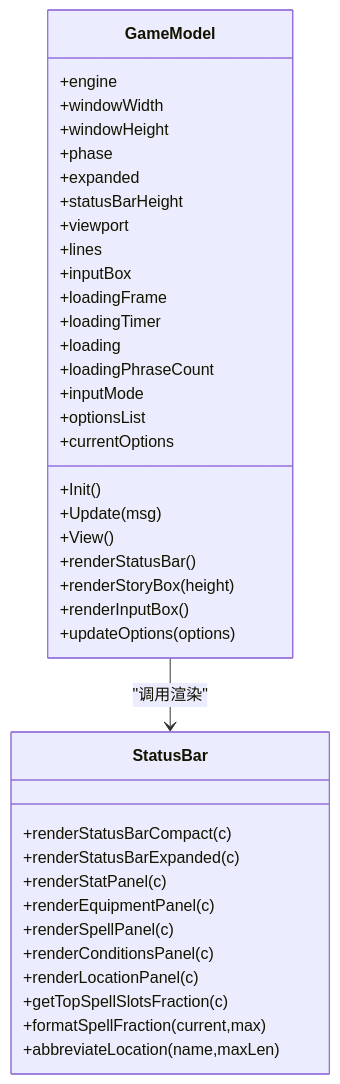
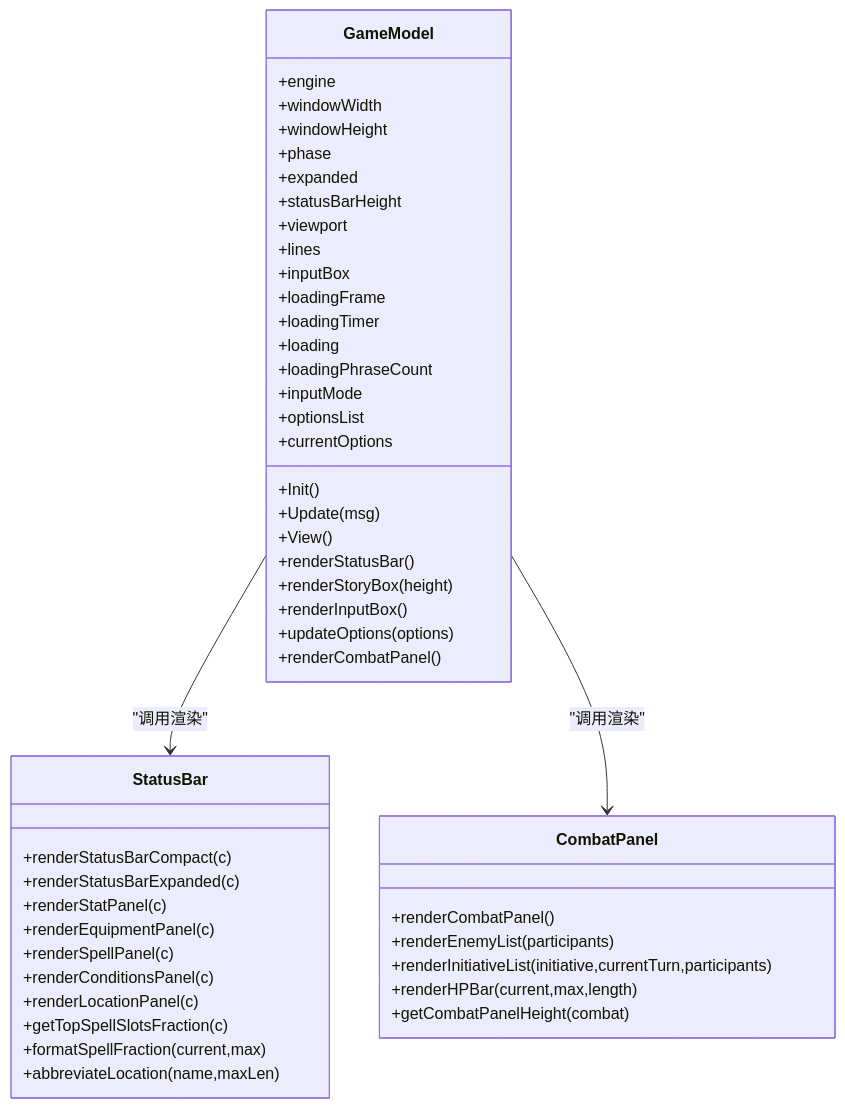
The sixth of 7 diagrams in .qoder/repowiki/zh/content/用户界面/用户界面.md (zwh8800/cdnd), drawn with Mermaid before and after one commit. The commit also changed other lines of this file and 102 other files, not shown here.

````diff
--- a/.qoder/repowiki/zh/content/用户界面/用户界面.md
+++ b/.qoder/repowiki/zh/content/用户界面/用户界面.md
@@ -374,41 +488,50 @@
 ```mermaid
 classDiagram
 class GameModel {
 +engine
 +windowWidth
 +windowHeight
 +phase
 +expanded
 +statusBarHeight
 +viewport
 +lines
 +inputBox
 +loadingFrame
 +loadingTimer
 +loading
 +loadingPhraseCount
 +inputMode
 +optionsList
 +currentOptions
 +Init()
 +Update(msg)
 +View()
 +renderStatusBar()
 +renderStoryBox(height)
 +renderInputBox()
 +updateOptions(options)
++renderCombatPanel()
 }
 class StatusBar {
 +renderStatusBarCompact(c)
 +renderStatusBarExpanded(c)
 +renderStatPanel(c)
 +renderEquipmentPanel(c)
 +renderSpellPanel(c)
 +renderConditionsPanel(c)
 +renderLocationPanel(c)
 +getTopSpellSlotsFraction(c)
 +formatSpellFraction(current,max)
 +abbreviateLocation(name,maxLen)
 }
+class CombatPanel {
++renderCombatPanel()
++renderEnemyList(participants)
++renderInitiativeList(initiative,currentTurn,participants)
++renderHPBar(current,max,length)
++getCombatPanelHeight(combat)
+}
 GameModel --> StatusBar : "调用渲染"
+GameModel --> CombatPanel : "调用渲染"
 ```
````
